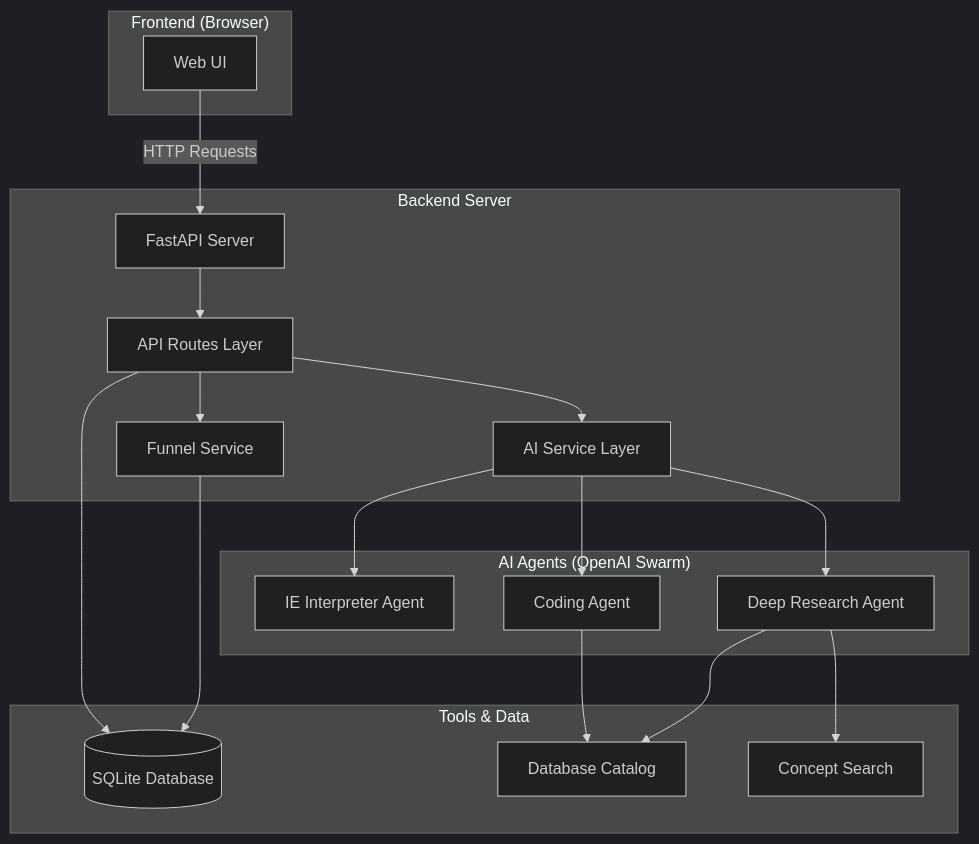
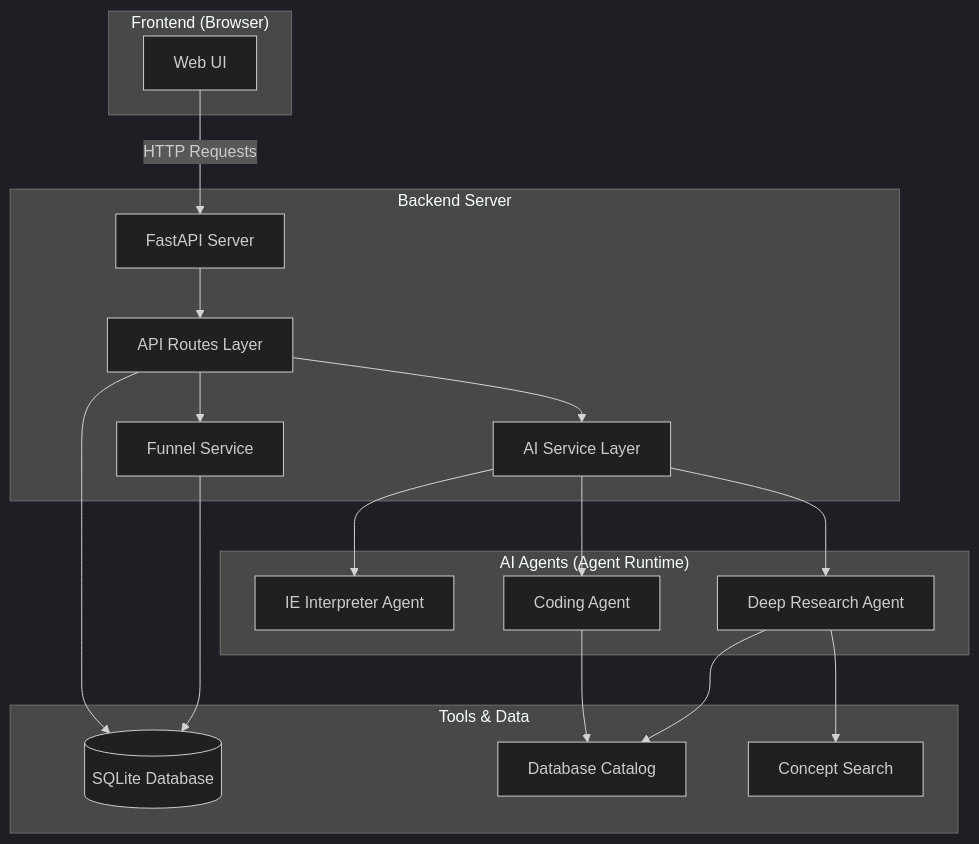
The first of 3 diagrams in ARCHITECTURE.md (lk4ml/rwd-ie-optimizer), drawn with Mermaid (dark theme) before and after one commit. The commit also changed other lines of this file and 15 other files, not shown here.

Commit message:
Update docs, configs, and agent runtime

````diff
--- a/ARCHITECTURE.md
+++ b/ARCHITECTURE.md
@@ -31,41 +31,41 @@
 ```mermaid
 graph TB
     subgraph Client["Frontend (Browser)"]
         UI[Web UI]
     end
 
     subgraph Server["Backend Server"]
         API[FastAPI Server]
         Routes[API Routes Layer]
         AI[AI Service Layer]
         Funnel[Funnel Service]
     end
 
-    subgraph Agents["AI Agents (OpenAI Swarm)"]
+    subgraph Agents["AI Agents (Agent Runtime)"]
         IE[IE Interpreter Agent]
         DR[Deep Research Agent]
         CA[Coding Agent]
     end
 
     subgraph Tools["Tools & Data"]
         DB[(SQLite Database)]
         Catalog[Database Catalog]
         Concepts[Concept Search]
     end
 
     UI -->|HTTP Requests| API
     API --> Routes
     Routes --> AI
     Routes --> Funnel
 
     AI --> IE
     AI --> DR
     AI --> CA
 
     DR --> Catalog
     DR --> Concepts
     CA --> Catalog
 
     Funnel --> DB
     Routes --> DB
 ```
````
